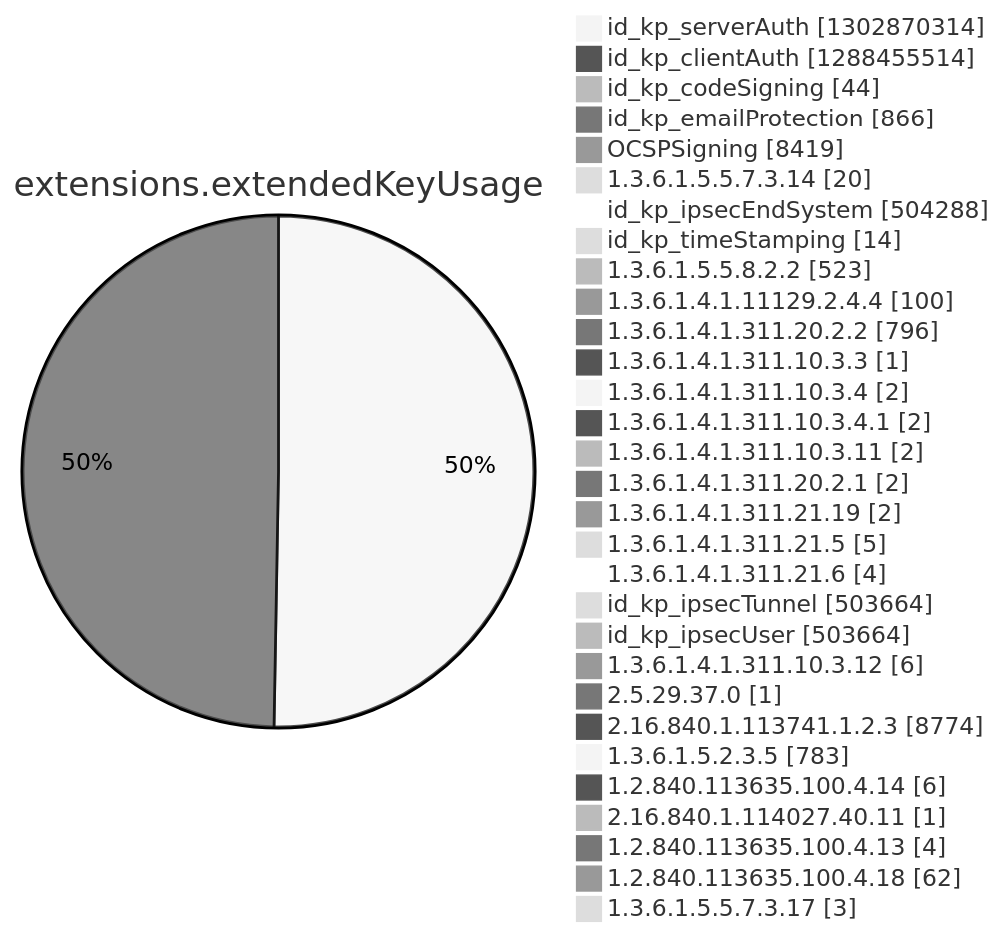
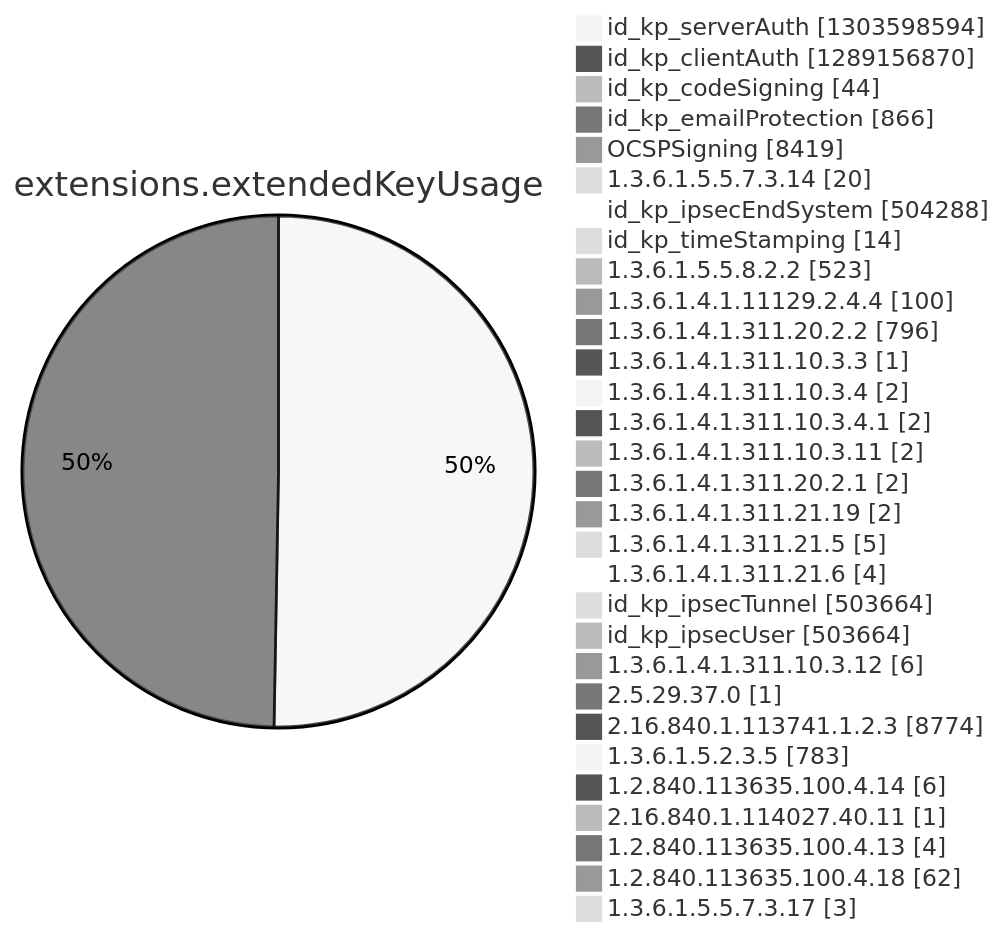
Diagram 12 of 15 in argon2022/README.md (christiankrug/ctmonitor_visualization), drawn with Mermaid (neutral theme) before and after one commit. The commit also changed other lines of this file, not shown here.

````diff
--- a/argon2022/README.md
+++ b/argon2022/README.md
@@ -3551,34 +3551,34 @@
 ```mermaid
 pie showData
 title extensions.extendedKeyUsage
-"id_kp_serverAuth" :1302870314
-"id_kp_clientAuth" :1288455514
+"id_kp_serverAuth" :1303598594
+"id_kp_clientAuth" :1289156870
 "id_kp_codeSigning" :44
 "id_kp_emailProtection" :866
 "OCSPSigning" :8419
 "1.3.6.1.5.5.7.3.14" :20
 "id_kp_ipsecEndSystem" :504288
 "id_kp_timeStamping" :14
 "1.3.6.1.5.5.8.2.2" :523
 "1.3.6.1.4.1.11129.2.4.4" :100
 "1.3.6.1.4.1.311.20.2.2" :796
 "1.3.6.1.4.1.311.10.3.3" :1
 "1.3.6.1.4.1.311.10.3.4" :2
 "1.3.6.1.4.1.311.10.3.4.1" :2
 "1.3.6.1.4.1.311.10.3.11" :2
 "1.3.6.1.4.1.311.20.2.1" :2
 "1.3.6.1.4.1.311.21.19" :2
 "1.3.6.1.4.1.311.21.5" :5
 "1.3.6.1.4.1.311.21.6" :4
 "id_kp_ipsecTunnel" :503664
 "id_kp_ipsecUser" :503664
 "1.3.6.1.4.1.311.10.3.12" :6
 "2.5.29.37.0" :1
 "2.16.840.1.113741.1.2.3" :8774
 "1.3.6.1.5.2.3.5" :783
 "1.2.840.113635.100.4.14" :6
 "2.16.840.1.114027.40.11" :1
 "1.2.840.113635.100.4.13" :4
 "1.2.840.113635.100.4.18" :62
 "1.3.6.1.5.5.7.3.17" :3
 ```
````
